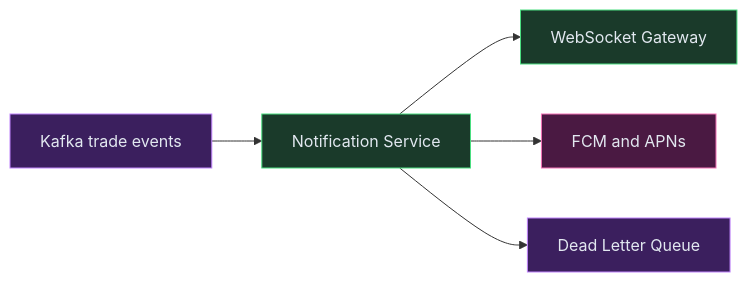
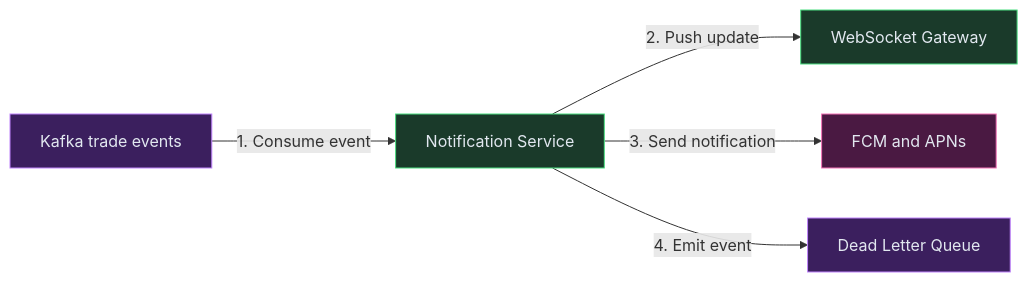
One commit to iluzn/HLD-Designs changed the fourth of 9 diagrams in content/hld/StockBroker.md. Above: the diagram before and after it, drawn with Mermaid. The commit also changed other lines of this file and 27 other files, not shown here.

````diff
--- a/content/hld/StockBroker.md
+++ b/content/hld/StockBroker.md
@@ -304,17 +304,17 @@
 ```mermaid
 flowchart LR
     KF["Kafka trade events"]:::async
     NS["Notification Service"]:::service
     WS["WebSocket Gateway"]:::service
     FCM["FCM and APNs"]:::external
     DLQ["Dead Letter Queue"]:::async
 
-    KF --> NS
-    NS --> WS
-    NS --> FCM
-    NS --> DLQ
+    KF -->|"1. Consume event"| NS
+    NS -->|"2. Push update"| WS
+    NS -->|"3. Send notification"| FCM
+    NS -->|"4. Emit event"| DLQ
 
     classDef service fill:#1a3a2a,stroke:#4ade80,color:#e2e8f0
     classDef async fill:#3b1f5e,stroke:#c084fc,color:#e2e8f0
     classDef external fill:#4a1942,stroke:#f472b6,color:#e2e8f0
 ```
````
